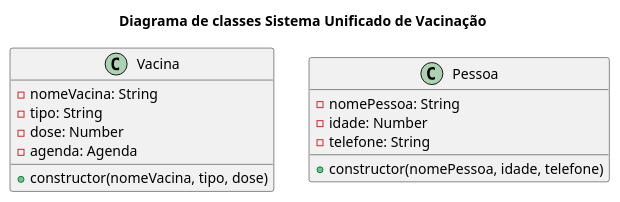
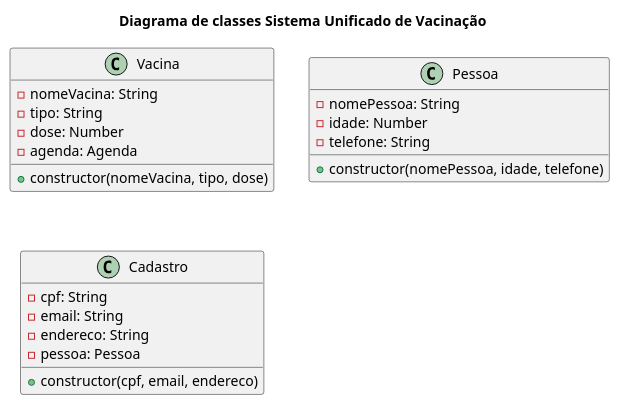
One commit to anleaes/2022-1-N2-POO-01 changed the diagram in diagrama_classe.plantuml. Above: the diagram before and after it, drawn with PlantUML.

Commit message:
Criação de classe Cadastro

```diff
--- a/diagrama_classe.plantuml
+++ b/diagrama_classe.plantuml
@@ -1,21 +1,29 @@
 @startuml
 
 title Diagrama de classes Sistema Unificado de Vacinação
 
 Class Vacina{
     - nomeVacina: String
     - tipo: String
     - dose: Number
     - agenda: Agenda
     + constructor(nomeVacina, tipo, dose)
 }
 
 class Pessoa{
     - nomePessoa: String
     - idade: Number
     - telefone: String
     + constructor(nomePessoa, idade, telefone)
 }
 
+class Cadastro {
+    - cpf: String
+    - email: String
+    - endereco: String
+    - pessoa: Pessoa
+    + constructor(cpf, email, endereco)
+}
+
 
 @enduml
```
